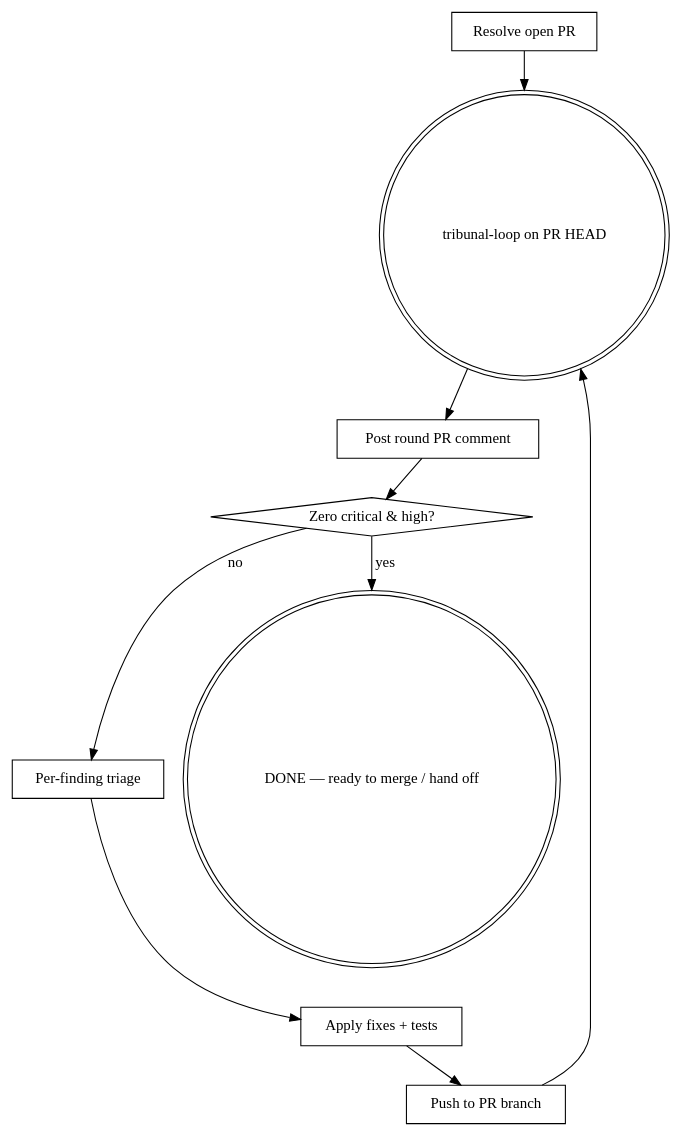
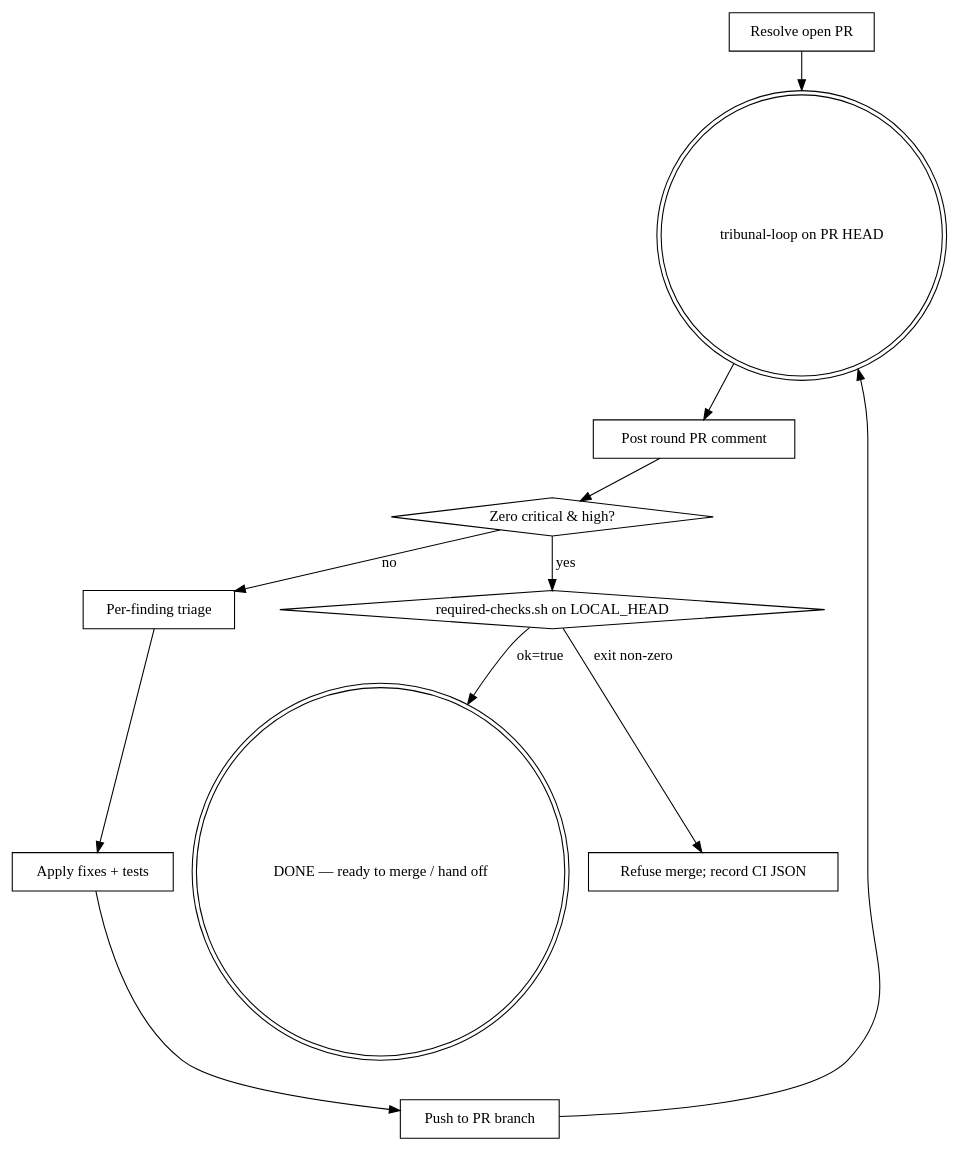
One commit to paat/claude-plugins changed the diagram in plugins/tribunal-review/skills/closing-tribunal-loop/SKILL.md. Above: the diagram before and after it, drawn with Graphviz. The commit also changed other lines of this file and 6 other files, not shown here.

First line of the commit message:
feat(tribunal-review): refuse merge unless required checks succeeded (#548)

````diff
--- a/plugins/tribunal-review/skills/closing-tribunal-loop/SKILL.md
+++ b/plugins/tribunal-review/skills/closing-tribunal-loop/SKILL.md
@@ -73,21 +73,25 @@
 ```dot
 digraph close_tribunal {
     "Resolve open PR" [shape=box];
     "tribunal-loop on PR HEAD" [shape=doublecircle];
     "Post round PR comment" [shape=box];
     "Zero critical & high?" [shape=diamond];
     "Per-finding triage" [shape=box];
     "Apply fixes + tests" [shape=box];
     "Push to PR branch" [shape=box];
+    "required-checks.sh on LOCAL_HEAD" [shape=diamond];
     "DONE — ready to merge / hand off" [shape=doublecircle];
+    "Refuse merge; record CI JSON" [shape=box];
 
     "Resolve open PR" -> "tribunal-loop on PR HEAD";
     "tribunal-loop on PR HEAD" -> "Post round PR comment";
     "Post round PR comment" -> "Zero critical & high?";
-    "Zero critical & high?" -> "DONE — ready to merge / hand off" [label="yes"];
+    "Zero critical & high?" -> "required-checks.sh on LOCAL_HEAD" [label="yes"];
     "Zero critical & high?" -> "Per-finding triage" [label="no"];
+    "required-checks.sh on LOCAL_HEAD" -> "DONE — ready to merge / hand off" [label="ok=true"];
+    "required-checks.sh on LOCAL_HEAD" -> "Refuse merge; record CI JSON" [label="exit non-zero"];
     "Per-finding triage" -> "Apply fixes + tests";
     "Apply fixes + tests" -> "Push to PR branch";
     "Push to PR branch" -> "tribunal-loop on PR HEAD";
 }
 ```
````
